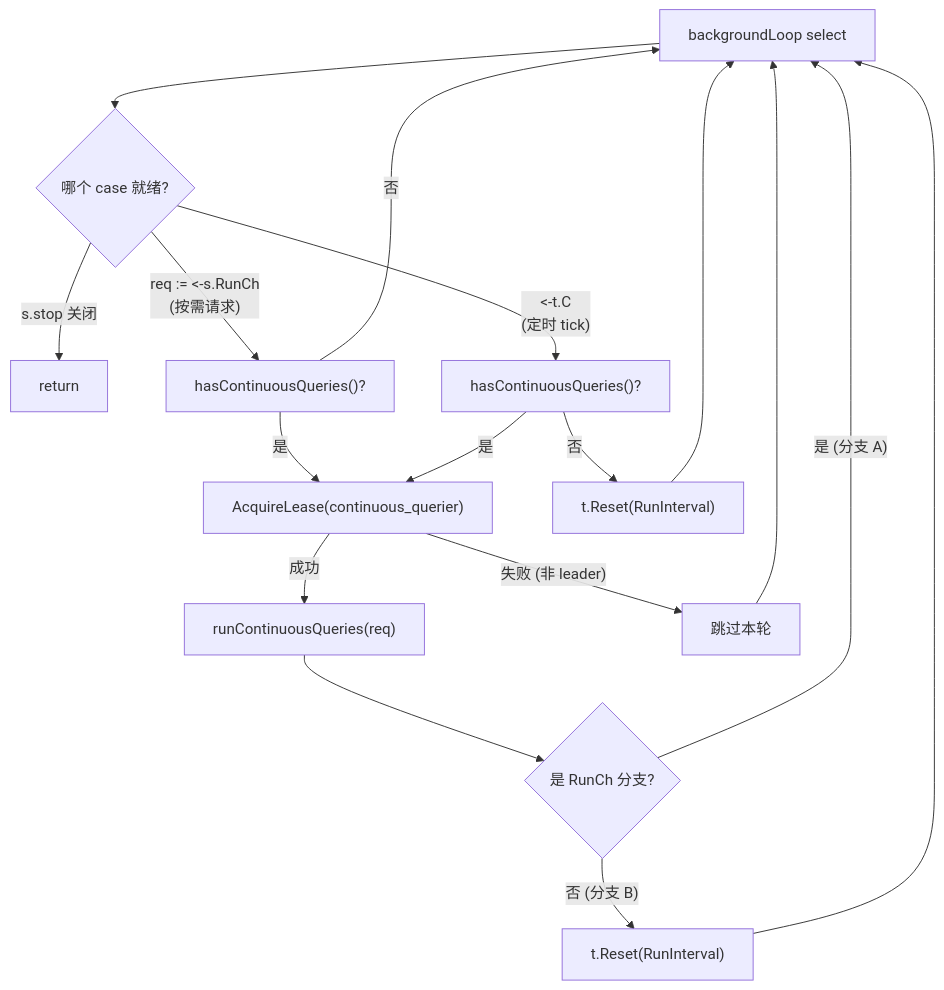
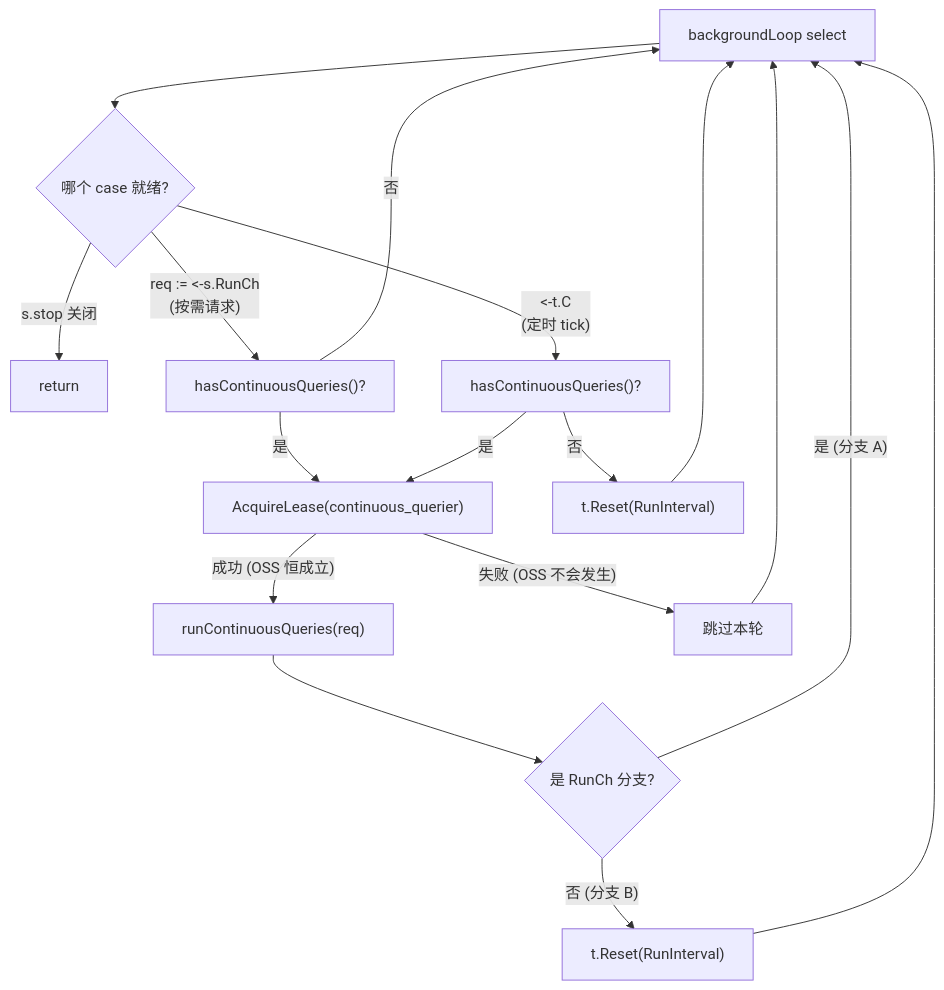
One commit to stefanv5/influxdb changed diagram 12 of 17 in docs/specs/12_background_services_spec.md. Above: the diagram before and after it, drawn with Mermaid. The commit also changed other lines of this file and 16 other files, not shown here.

First line of the commit message:
docs: correct and deepen the 17 architecture specs

````diff
--- a/docs/specs/12_background_services_spec.md
+++ b/docs/specs/12_background_services_spec.md
@@ -1203,19 +1503,19 @@
 ```mermaid
 flowchart TD
     A["backgroundLoop select"] --> B{"哪个 case 就绪?"}
     B -->|"s.stop 关闭"| Z["return"]
     B -->|"req := <-s.RunCh<br/>(按需请求)"| C["hasContinuousQueries()?"]
     B -->|"<-t.C<br/>(定时 tick)"| D["hasContinuousQueries()?"]
     C -->|"否"| A
     C -->|"是"| E["AcquireLease(continuous_querier)"]
     D -->|"否"| F["t.Reset(RunInterval)"]
     D -->|"是"| E
     F --> A
-    E -->|"成功"| G["runContinuousQueries(req)"]
-    E -->|"失败 (非 leader)"| H["跳过本轮"]
+    E -->|"成功 (OSS 恒成立)"| G["runContinuousQueries(req)"]
+    E -->|"失败 (OSS 不会发生)"| H["跳过本轮"]
     G --> I{"是 RunCh 分支?"}
     I -->|"是 (分支 A)"| A
     I -->|"否 (分支 B)"| J["t.Reset(RunInterval)"]
     J --> A
     H --> A
 ```
````
